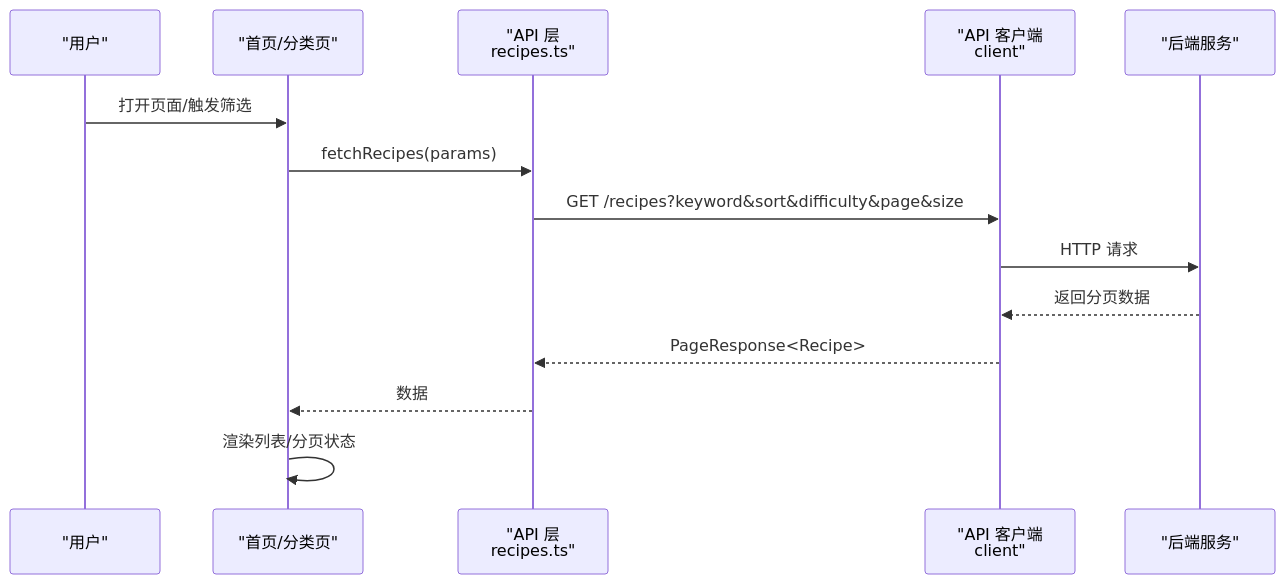
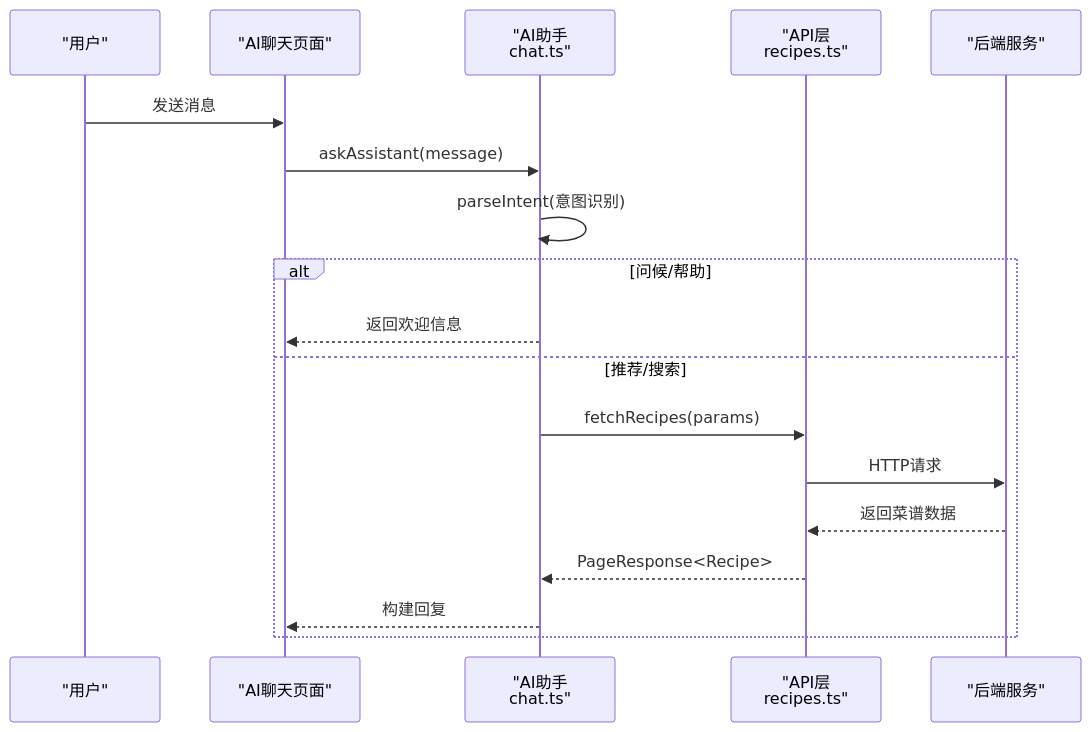
Before and after one commit to good-zheng/po: the second of 7 diagrams in .qoder/repowiki/zh/content/前端应用/微信小程序.md, drawn with Mermaid. The commit also changed other lines of this file and 40 other files, not shown here.

````diff
--- a/.qoder/repowiki/zh/content/前端应用/微信小程序.md
+++ b/.qoder/repowiki/zh/content/前端应用/微信小程序.md
@@ -79,16 +81,20 @@
 ```mermaid
 sequenceDiagram
 participant U as "用户"
-participant P as "首页/分类页"
-participant A as "API 层<br/>recipes.ts"
-participant C as "API 客户端<br/>client"
+participant P as "AI聊天页面"
+participant A as "AI助手<br/>chat.ts"
+participant R as "API层<br/>recipes.ts"
 participant S as "后端服务"
-U->>P : 打开页面/触发筛选
-P->>A : fetchRecipes(params)
-A->>C : GET /recipes?keyword&sort&difficulty&page&size
-C->>S : HTTP 请求
-S-->>C : 返回分页数据
-C-->>A : PageResponse<Recipe>
-A-->>P : 数据
-P->>P : 渲染列表/分页状态
+U->>P : 发送消息
+P->>A : askAssistant(message)
+A->>A : parseIntent(意图识别)
+alt 问候/帮助
+A-->>P : 返回欢迎信息
+else 推荐/搜索
+A->>R : fetchRecipes(params)
+R->>S : HTTP请求
+S-->>R : 返回菜谱数据
+R-->>A : PageResponse<Recipe>
+A-->>P : 构建回复
+end
 ```
````
